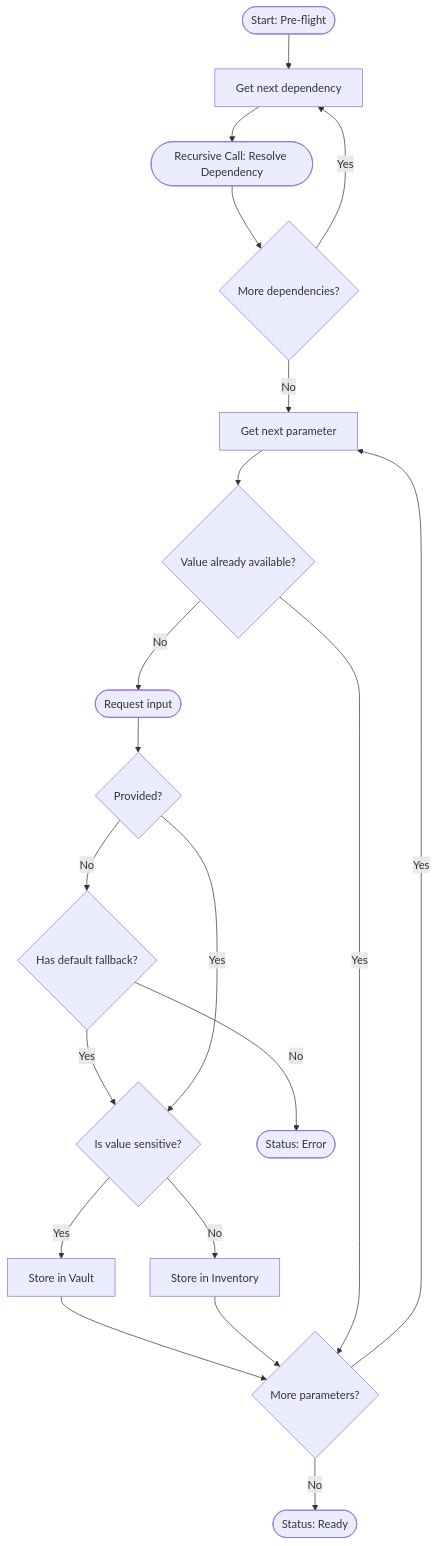
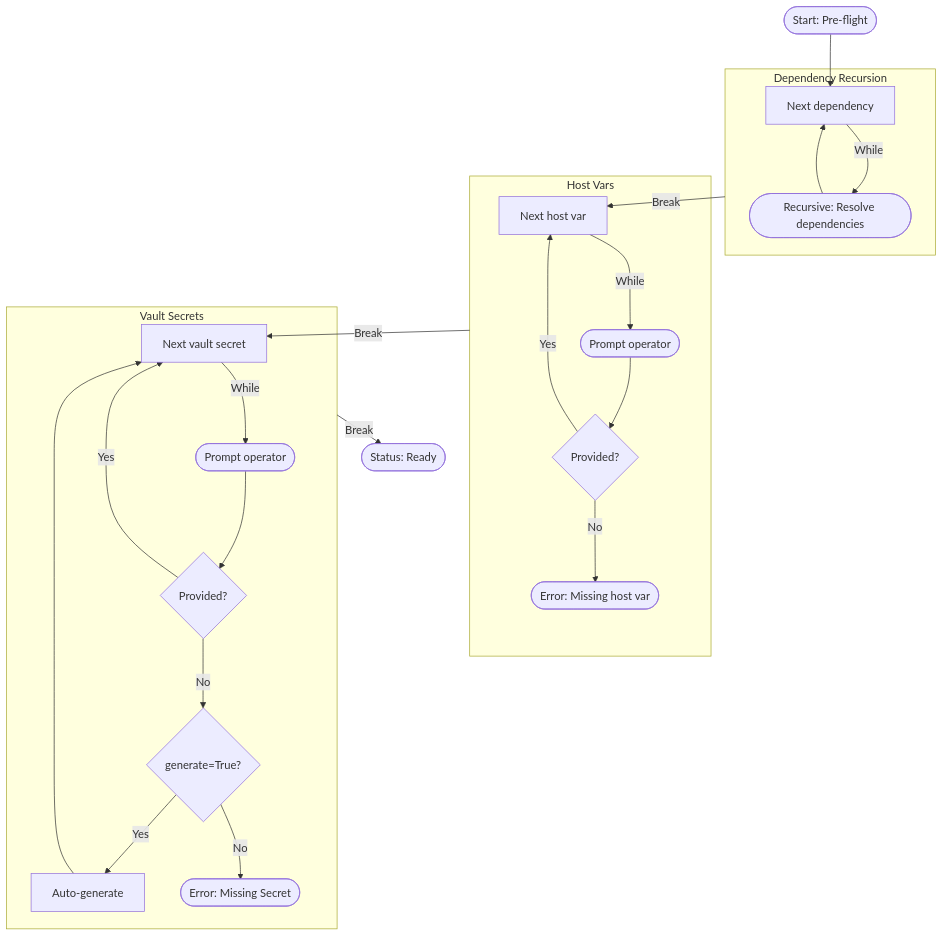
The second of 3 diagrams in docs/SPECS.md (BinaryBand/raspberry-hi), drawn with Mermaid before and after one commit. The commit also changed other lines of this file, not shown here.

Commit message:
docs: update project structure and enhance dependency management flow

````diff
--- a/docs/SPECS.md
+++ b/docs/SPECS.md
@@ -77,37 +81,47 @@
 ```mermaid
 graph
-  Start([Start: Pre-flight]) --> NextDep[Get next dependency]
-  
-  %% Phase 1: Dependency Recursion
-  NextDep --> Recurse([Recursive Call: Resolve Dependency])
-  Recurse --> MoreDeps{More dependencies?}
-  MoreDeps -- Yes --> NextDep
-  
-  %% Phase 2: Parameter Resolution
-  MoreDeps -- No --> NextParam[Get next parameter]
-  
-  NextParam --> Known{Value already available?}
-  
-  %% Variable Acquisition
-  Known -- No --> Request([Request input])
-  Request --> Provided{Provided?}
-  
-  Provided -- No --> HasDefault{Has default fallback?}
-  HasDefault -- Yes --> IsSensitive
-  
-  %% Storage & Security
-  Provided -- Yes --> IsSensitive{Is value sensitive?}
-  
-  IsSensitive -- Yes --> Vault[Store in Vault]
-  IsSensitive -- No --> Inventory[Store in Inventory]
-  
-  %% Parameter Loop-back
-  Vault --> MoreParams{More parameters?}
-  Inventory --> MoreParams
-  Known -- Yes --> MoreParams
-  
-  MoreParams -- Yes --> NextParam
+	subgraph Deps [Dependency Recursion]
+		NextDep[Next dependency]
+		Recurse([Recursive: Resolve dependencies])
+	end
 
- HasDefault -- No --> Error([Status: Error])
-  MoreParams -- No --> Ready([Status: Ready])
+	subgraph Vars [Host Vars]
+		NextVar[Next host var]
+		PromptVar([Prompt operator])
+		VarProvided{Provided?}
+		VarError([Error: Missing host var])
+	end
+
+	subgraph Vault [Vault Secrets]
+		NextSecret[Next vault secret]
+		PromptSecret([Prompt operator])
+		SecretProvided{Provided?}
+		CanGenerate{generate=True?}
+		AutoGen[Auto-generate]
+		VaultError([Error: Missing Secret])
+	end
+
+	%% Phase 1: Dependency Recursion
+	Start([Start: Pre-flight]) --> NextDep
+	NextDep -- While --> Recurse
+	Recurse --> NextDep
+
+	%% Phase 2: Host Vars
+	Deps -- Break --> NextVar
+	NextVar -- While --> PromptVar
+	PromptVar --> VarProvided
+	VarProvided -- Yes --> NextVar
+	VarProvided -- No --> VarError
+
+	%% Phase 3: Vault Secrets
+	Vars -- Break --> NextSecret
+	NextSecret -- While --> PromptSecret
+	PromptSecret --> SecretProvided
+	SecretProvided -- Yes --> NextSecret
+	SecretProvided -- No --> CanGenerate
+	CanGenerate -- No --> VaultError
+	CanGenerate -- Yes --> AutoGen
+	AutoGen --> NextSecret
+
+	Vault -- Break --> Ready([Status: Ready])
 ```
````
